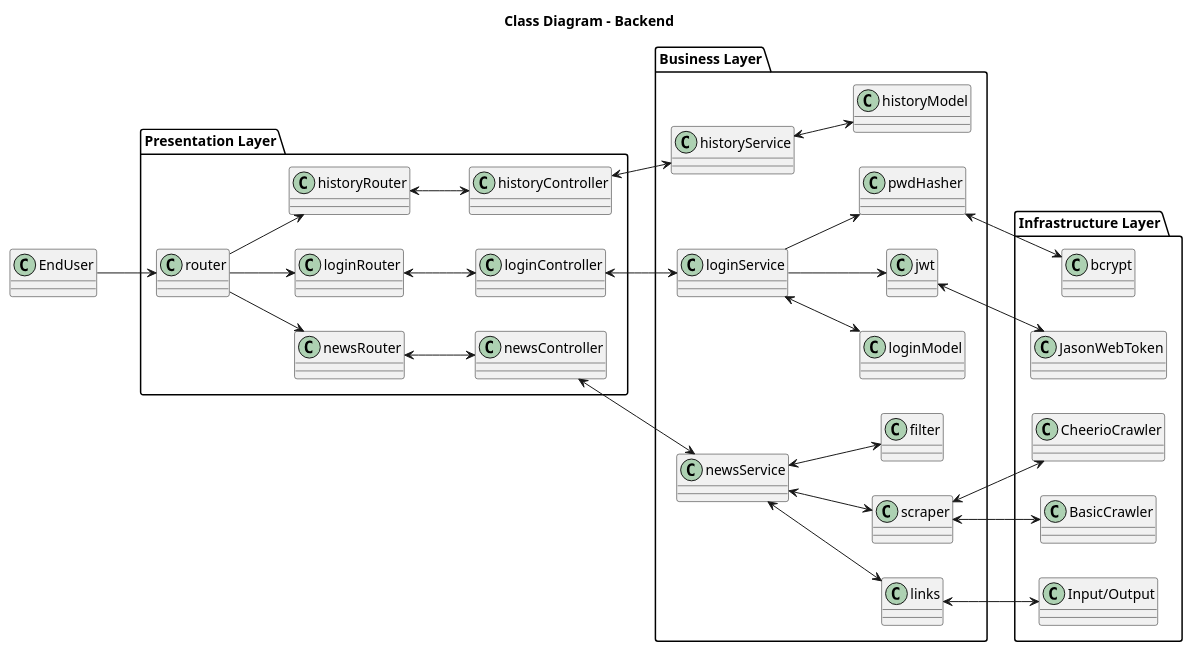
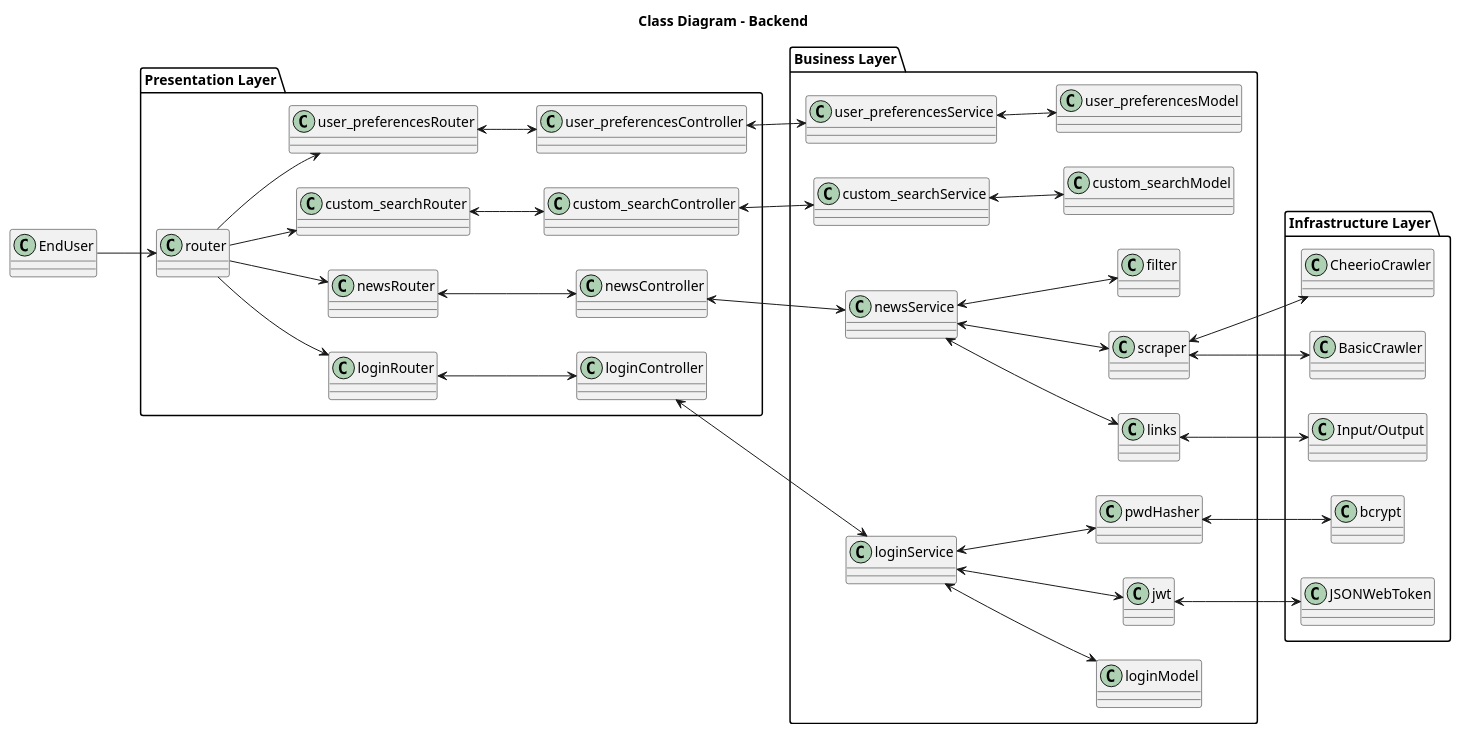
One commit to TPI2026-NewsGenerator/NewsGenerator-Backend changed the diagram in docs/UML/class-diagram.puml. Above: the diagram before and after it, drawn with PlantUML.

Commit message:
chore: update class diagram

```diff
--- a/docs/UML/class-diagram.puml
+++ b/docs/UML/class-diagram.puml
@@ -1,63 +1,71 @@
 @startuml
 
 title Class Diagram - Backend
 
 left to right direction
 
 package "Presentation Layer" {
     class router
+    class loginRouter
     class newsRouter
-    class loginRouter
-    class historyRouter
+    class custom_searchRouter
+    class user_preferencesRouter
     class newsController
     class loginController
-    class historyController
+    class custom_searchController
+    class user_preferencesController
 }
 
 package "Business Layer" {
     class newsService
     class loginService
-    class historyService
+    class custom_searchService
+    class user_preferencesService
     class loginModel
-    class historyModel
+    class custom_searchModel
+    class user_preferencesModel
     class links
     class scraper
     class filter
     class jwt
     class pwdHasher
 }
 
 package "Infrastructure Layer" {
     class "Input/Output" as io
     class BasicCrawler
     class CheerioCrawler
-    class JasonWebToken
+    class JSONWebToken
     class bcrypt
 }
 
 EndUser --> router
 router --> newsRouter
 router --> loginRouter
-router --> historyRouter
+router --> custom_searchRouter
+router --> user_preferencesRouter
 newsRouter <--> newsController
 loginRouter <--> loginController
-historyRouter <--> historyController
+custom_searchRouter <--> custom_searchController
+user_preferencesRouter <--> user_preferencesController
 
 newsController <--> newsService
 newsService <--> links
 newsService <--> scraper
 newsService <--> filter
 loginController <--> loginService
 loginService <--> loginModel
-loginService --> pwdHasher
-loginService --> jwt
-jwt <--> JasonWebToken
+loginService <--> pwdHasher
+loginService <--> jwt
+jwt <--> JSONWebToken
 pwdHasher <--> bcrypt
-historyController <--> historyService
-historyService <--> historyModel
+custom_searchController <--> custom_searchService
+custom_searchService <--> custom_searchModel
+user_preferencesController <--> user_preferencesService
+user_preferencesService <--> user_preferencesModel
 
 links <--> io
 scraper <--> BasicCrawler
 scraper <--> CheerioCrawler
 
 @enduml
```
